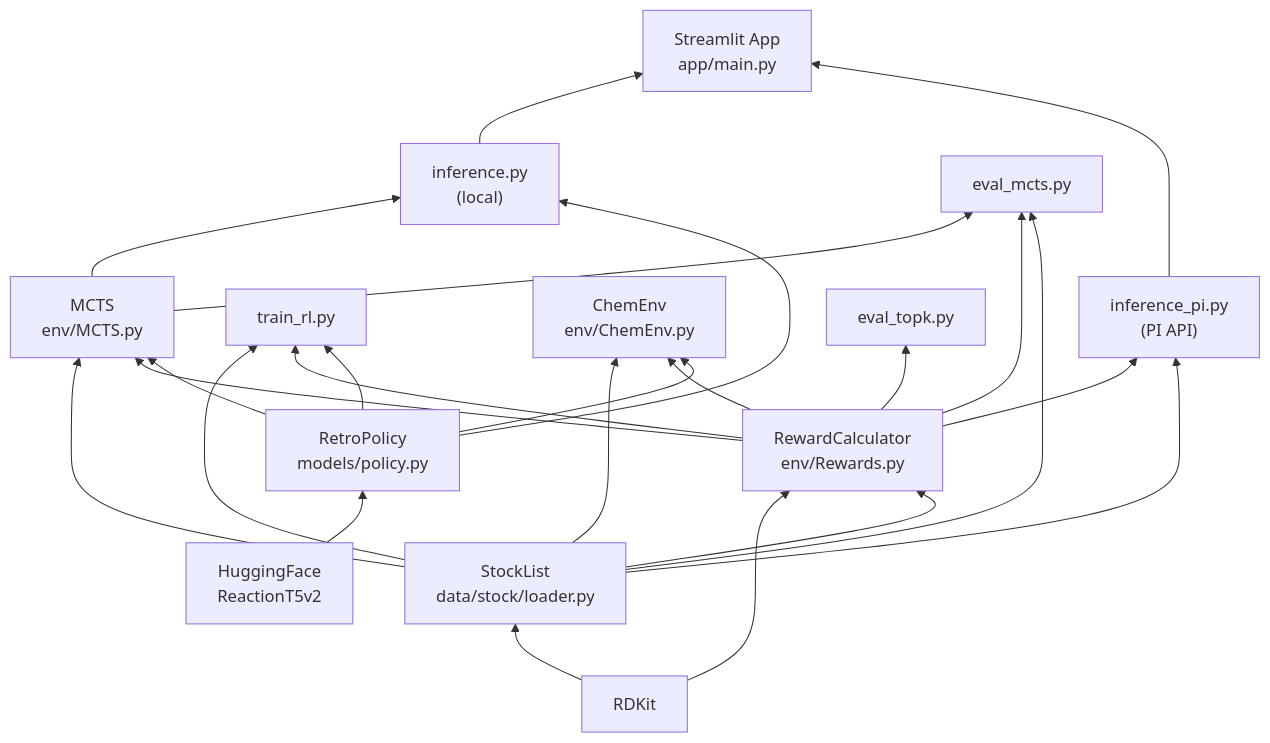
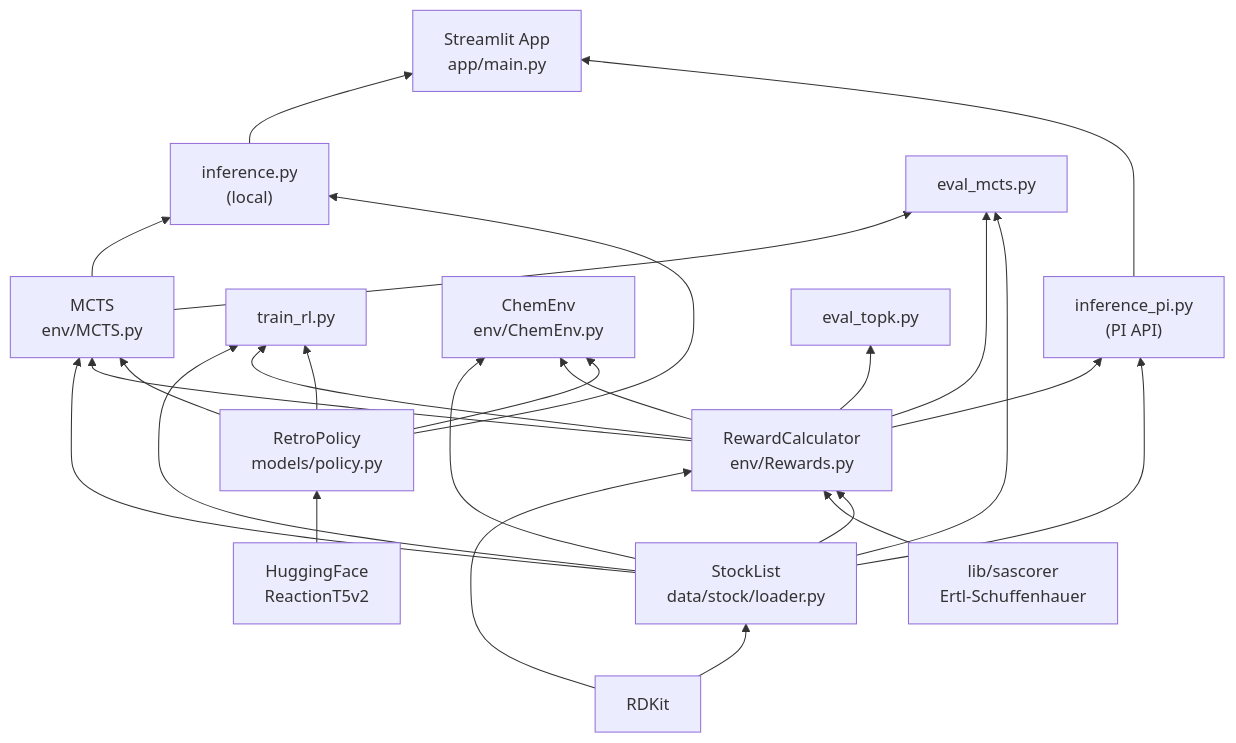
Before and after one commit to Rhoahndur/RL_RetroSynthesis: the sixth of 8 diagrams in ARCHITECTURE.md, drawn with Mermaid. The commit also changed other lines of this file, not shown here.

Commit message:
update architecture doc

````diff
--- a/ARCHITECTURE.md
+++ b/ARCHITECTURE.md
@@ -244,33 +248,34 @@
 ```mermaid
 graph BT
     RDKIT["RDKit"] --> STOCK["StockList<br/>data/stock/loader.py"]
     RDKIT --> REWARD["RewardCalculator<br/>env/Rewards.py"]
+    SASCORER["lib/sascorer<br/>Ertl-Schuffenhauer"] --> REWARD
     HF["HuggingFace<br/>ReactionT5v2"] --> POLICY["RetroPolicy<br/>models/policy.py"]
 
     STOCK --> REWARD
     STOCK --> MCTS["MCTS<br/>env/MCTS.py"]
     STOCK --> TRAIN["train_rl.py"]
     STOCK --> ENV["ChemEnv<br/>env/ChemEnv.py"]
 
     REWARD --> MCTS
     REWARD --> TRAIN
     REWARD --> ENV
 
     POLICY --> MCTS
     POLICY --> TRAIN
     POLICY --> ENV
 
     MCTS --> INF["inference.py<br/>(local)"]
     POLICY --> INF
 
     REWARD --> INF_PI["inference_pi.py<br/>(PI API)"]
     STOCK --> INF_PI
 
     INF --> APP["Streamlit App<br/>app/main.py"]
     INF_PI --> APP
 
     REWARD --> EVAL_TK["eval_topk.py"]
     MCTS --> EVAL_MC["eval_mcts.py"]
     REWARD --> EVAL_MC
     STOCK --> EVAL_MC
 ```
````
